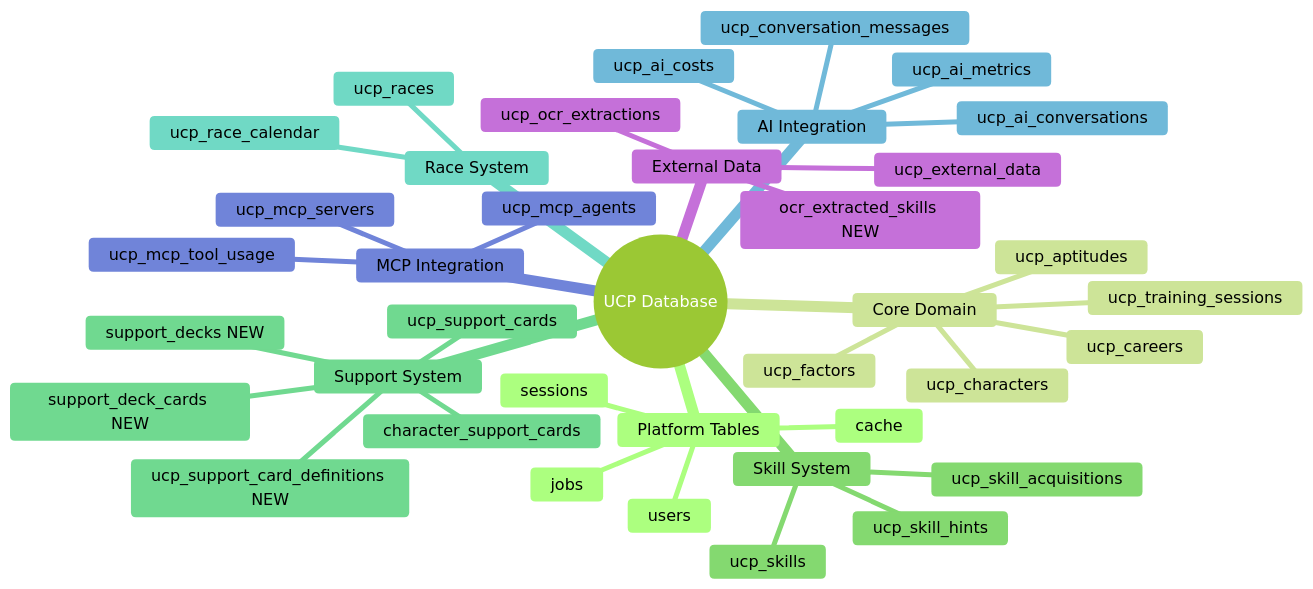
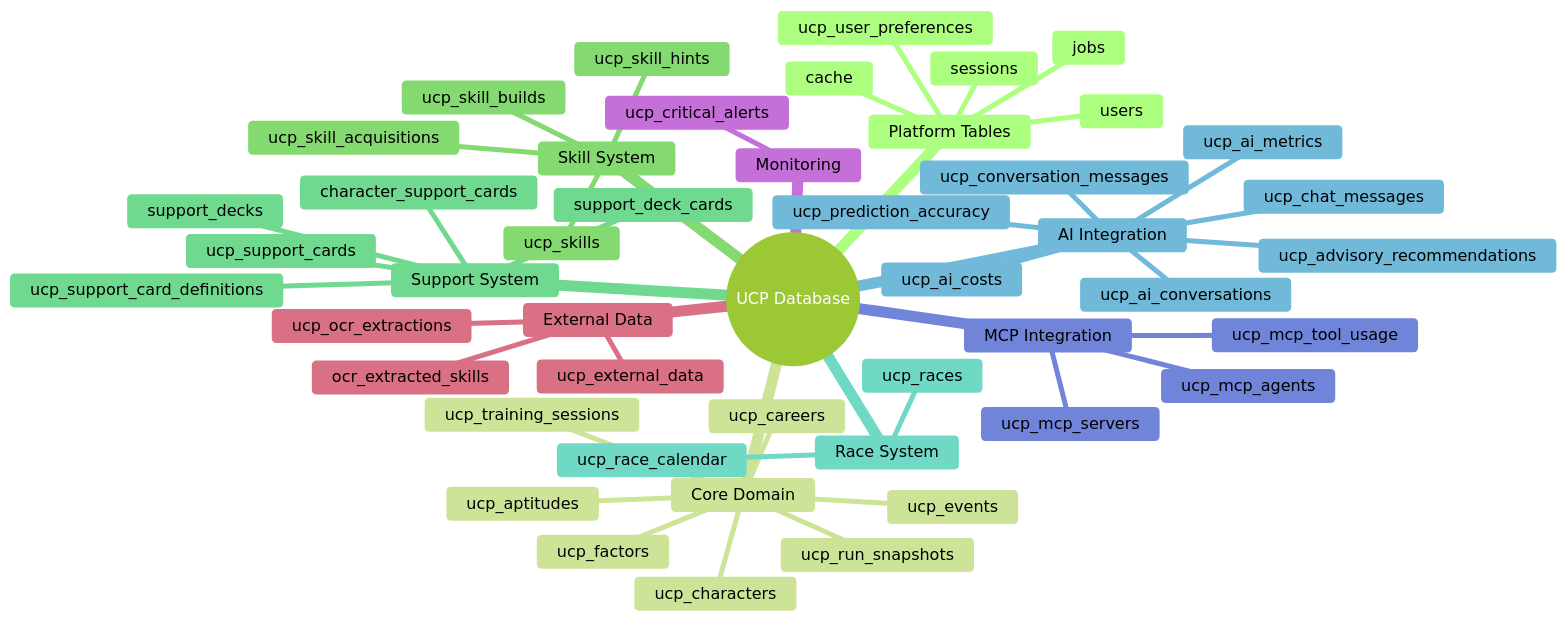
Before and after one commit to exatfrds67/umamusume-career-planner: the first of 13 diagrams in docs/01-diagrams/entity-relationship-diagram.md, drawn with Mermaid (forest theme). The commit also changed other lines of this file and 1559 other files, not shown here.

````diff
--- a/docs/01-diagrams/entity-relationship-diagram.md
+++ b/docs/01-diagrams/entity-relationship-diagram.md
@@ -56,41 +56,50 @@
 ```mermaid
 mindmap
   root((UCP Database))
     Platform Tables
       users
+      ucp_user_preferences
       sessions
       cache
       jobs
     Core Domain
       ucp_characters
       ucp_careers
       ucp_training_sessions
       ucp_aptitudes
       ucp_factors
+      ucp_events
+      ucp_run_snapshots
     Skill System
       ucp_skills
       ucp_skill_hints
       ucp_skill_acquisitions
+      ucp_skill_builds
     Support System
       ucp_support_cards
-      ucp_support_card_definitions NEW
-      support_decks NEW
-      support_deck_cards NEW
+      ucp_support_card_definitions
+      support_decks
+      support_deck_cards
       character_support_cards
     Race System
       ucp_races
       ucp_race_calendar
     AI Integration
       ucp_ai_conversations
       ucp_conversation_messages
+      ucp_chat_messages
+      ucp_advisory_recommendations
       ucp_ai_metrics
       ucp_ai_costs
+      ucp_prediction_accuracy
     MCP Integration
       ucp_mcp_servers
       ucp_mcp_agents
       ucp_mcp_tool_usage
+    Monitoring
+      ucp_critical_alerts
     External Data
       ucp_external_data
       ucp_ocr_extractions
-      ocr_extracted_skills NEW
+      ocr_extracted_skills
 ```
````
